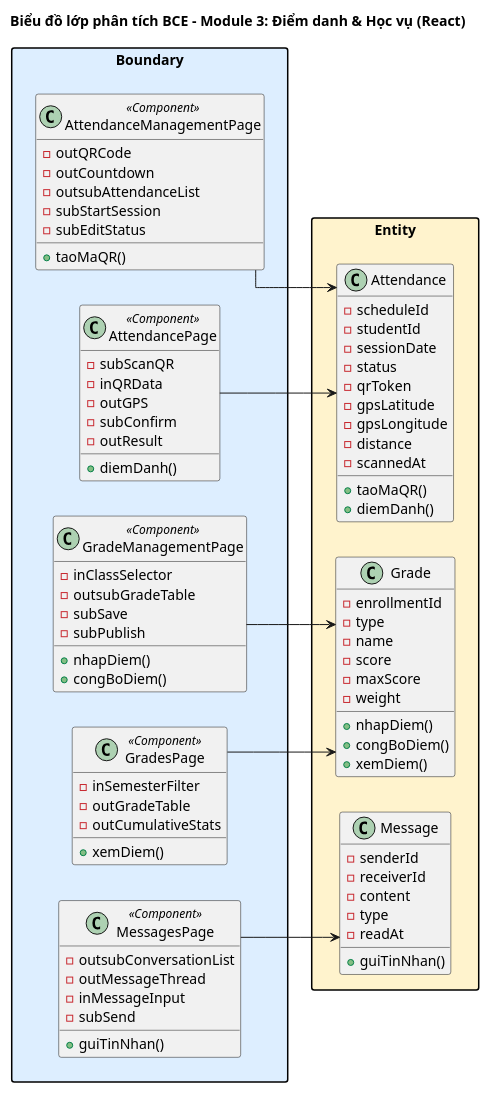
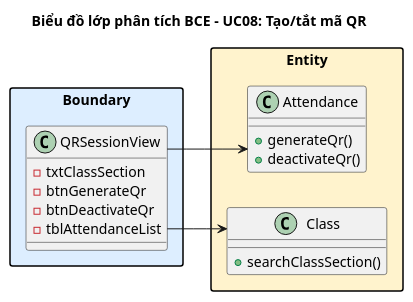
Before and after one commit to thanhtrnnn/universe: the sixth of 20 diagrams in report/md/module3_attendance_grades.md, drawn with PlantUML. The commit also changed other lines of this file and 4 other files, not shown here.

First line of the commit message:
docs(module3): split BCE per UC, fix entity hierarchy, remove seq exceptions

````diff
--- a/report/md/module3_attendance_grades.md
+++ b/report/md/module3_attendance_grades.md
@@ -269,93 +313,28 @@
 left to right direction
 skinparam linetype ortho
 skinparam packageStyle rectangle
-title Biểu đồ lớp phân tích BCE – Module 3: Điểm danh & Học vụ (React)
+title Biểu đồ lớp phân tích BCE – UC08: Tạo/tắt mã QR
 
 package "Boundary" #DDEEFF {
-  together {
-    class AttendanceManagementPage <<Component>> {
-      -outQRCode
-      -outCountdown
-      -outsubAttendanceList
-      -subStartSession
-      -subEditStatus
-      +taoMaQR()
-    }
-    class AttendancePage <<Component>> {
-      -subScanQR
-      -inQRData
-      -outGPS
-      -subConfirm
-      -outResult
-      +diemDanh()
-    }
-  }
-  together {
-    class GradeManagementPage <<Component>> {
-      -inClassSelector
-      -outsubGradeTable
-      -subSave
-      -subPublish
-      +nhapDiem()
-      +congBoDiem()
-    }
-    class GradesPage <<Component>> {
-      -inSemesterFilter
-      -outGradeTable
-      -outCumulativeStats
-      +xemDiem()
-    }
-    class MessagesPage <<Component>> {
-      -outsubConversationList
-      -outMessageThread
-      -inMessageInput
-      -subSend
-      +guiTinNhan()
-    }
+  class QRSessionView {
+    -txtClassSection
+    -btnGenerateQr
+    -btnDeactivateQr
+    -tblAttendanceList
   }
 }
 
 package "Entity" #FFF3CD {
-  together {
-    class Attendance {
-      -scheduleId
-      -studentId
-      -sessionDate
-      -status
-      -qrToken
-      -gpsLatitude
-      -gpsLongitude
-      -distance
-      -scannedAt
-      +taoMaQR()
-      +diemDanh()
-    }
-    class Grade {
-      -enrollmentId
-      -type
-      -name
-      -score
-      -maxScore
-      -weight
-      +nhapDiem()
-      +congBoDiem()
-      +xemDiem()
-    }
+  class Attendance {
+    +generateQr()
+    +deactivateQr()
   }
-  class Message {
-    -senderId
-    -receiverId
-    -content
-    -type
-    -readAt
-    +guiTinNhan()
+  class Class {
+    +searchClassSection()
   }
 }
 
-AttendanceManagementPage --> Attendance
-AttendancePage --> Attendance
-GradeManagementPage --> Grade
-GradesPage --> Grade
-MessagesPage --> Message
+QRSessionView --> Attendance
+QRSessionView --> Class
 @enduml
 ```
````
